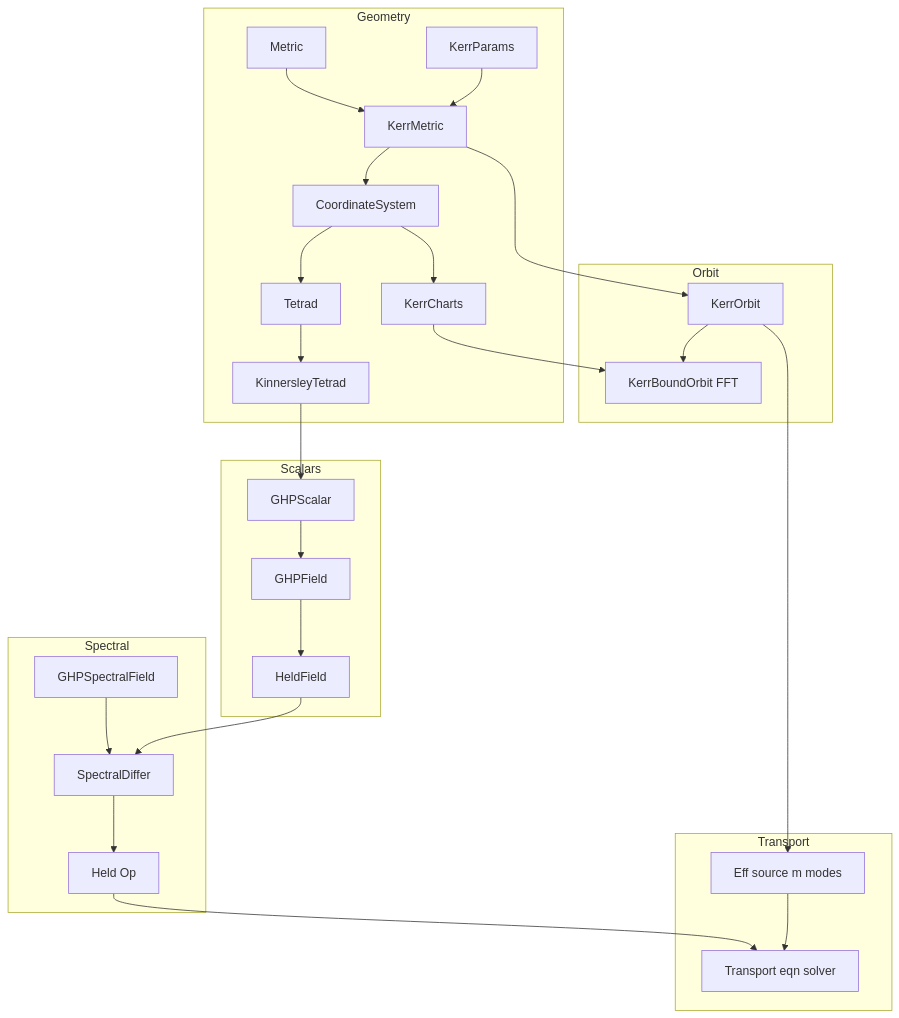
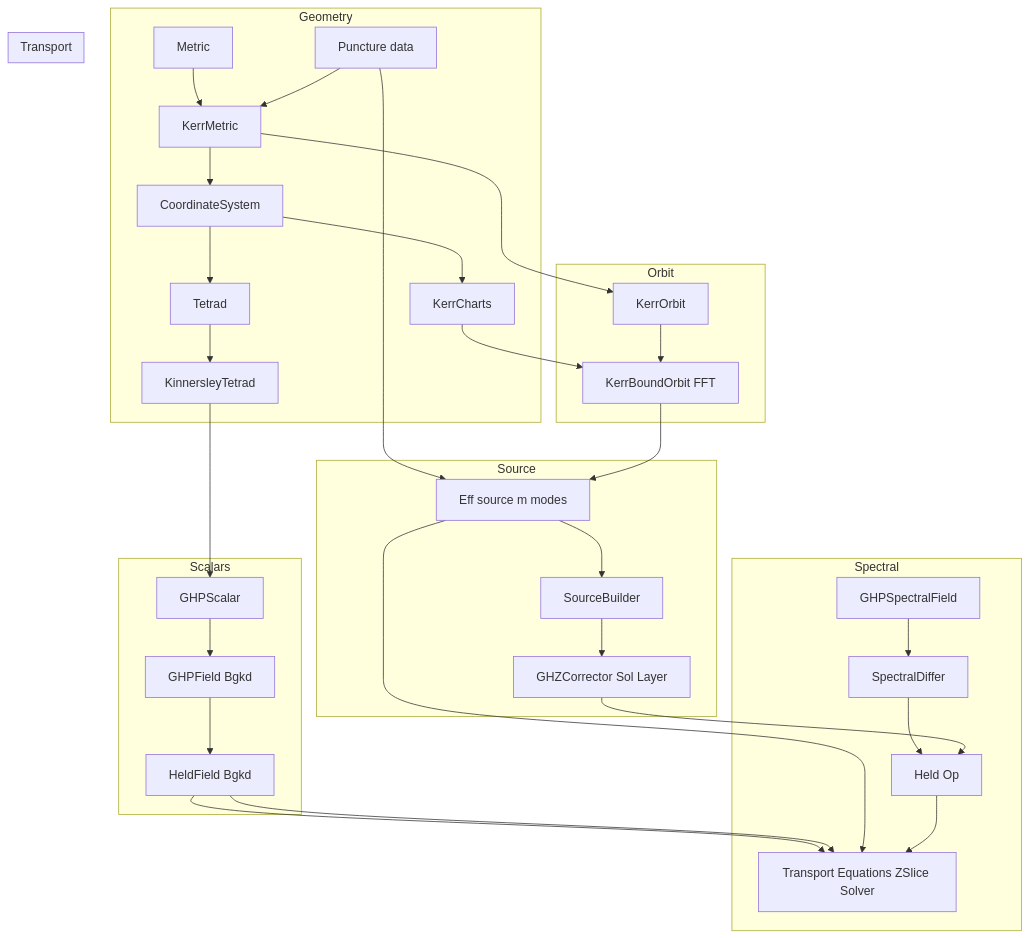
One commit to PZ808/GHZ_numeric changed the diagram in README.md. Above: the diagram before and after it, drawn with Mermaid. The commit also changed other lines of this file, not shown here.

````diff
--- a/README.md
+++ b/README.md
@@ -80,30 +80,35 @@
 ```mermaid
 flowchart TD
     subgraph Geometry
         A[Metric]  -->   B[KerrMetric] 
         P[KerrParams] --> B[KerrMetric]  --> C[CoordinateSystem] 
         C--> D[KerrCharts] 
         C --> T[Tetrad] --> KT[KinnersleyTetrad]
         
     end
     subgraph Scalars
         KT --> F[GHPScalar]
-        F --> G[GHPField]
-        G --> H[HeldField] 
+        F --> G[GHPField Bgkd]
+        G --> H[HeldField Bgkd] 
       end
      subgraph Spectral 
         I[GHPSpectralField] --> K[SpectralDiffer]
-        H --> K
+        H --> TS[Transport eqn solver]
         K --> OP[Held Op]
      end
     subgraph Orbit
      B --> O[KerrOrbit] 
      O --> BO[KerrBoundOrbit FFT]
      D --> BO
     end
+    subgraph Source 
+     P[Puncture data] --> TSRC[Eff source m modes] --> S[SourceBuilder]
+     S --> X[GHZCorrector Sol Layer]
+    end
   subgraph Transport
-    O --> TSRC[Eff source m modes]
-    OP --> TS[Transport eqn solver]
+    BO --> TSRC[Eff source m modes]
+    H --> TS[Transport Equations ZSlice Solver]
     TSRC --> TS
+    X[GHZCorrector Sol Layer] --> OP --> TS
   end
 ```
````
